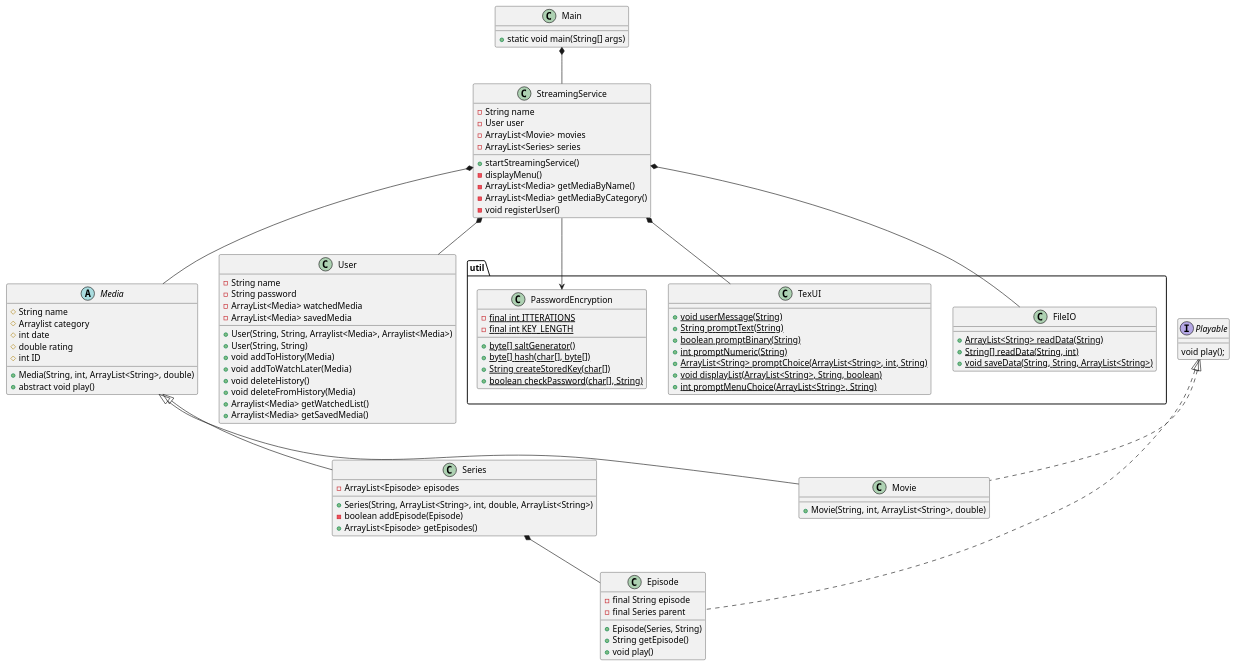
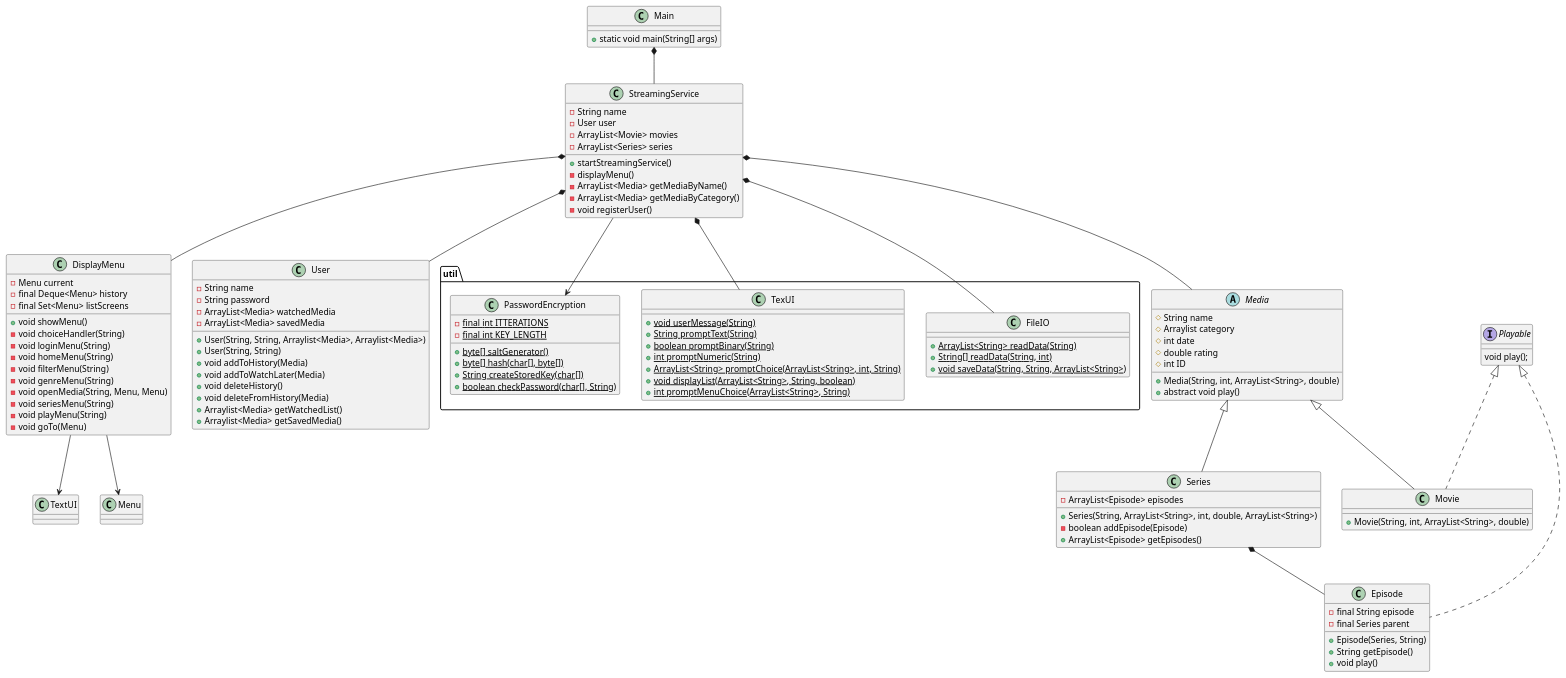
Before and after one commit to Studiegruppe-B/SP3-Streamingtjeneste: the diagram in doc/static/classDiagram.puml, drawn with PlantUML.

Commit message:
DisplayMenu intergration i classdiagram

```diff
--- a/doc/static/classDiagram.puml
+++ b/doc/static/classDiagram.puml
@@ -1,112 +1,131 @@
 @startuml
 class Main{
 + static void main(String[] args)
 
 }
 
 class StreamingService{
 - String name
 - User user
 - ArrayList<Movie> movies
 - ArrayList<Series> series
 + startStreamingService()
 - displayMenu()
 - ArrayList<Media> getMediaByName()
 - ArrayList<Media> getMediaByCategory()
 - void registerUser()
 }
 
 
 
 
 abstract class Media{
 # String name
 # Arraylist category
 # int date
 # double rating
 # int ID
 + Media(String, int, ArrayList<String>, double)
 + abstract void play()
 
 }
 interface Playable {
 void play();
 }
 
 class Episode implements Playable {
 - final String episode
 - final Series parent
 + Episode(Series, String)
 + String getEpisode()
 + void play()
 }
 
 class Movie implements Playable{
 + Movie(String, int, ArrayList<String>, double)
 }
 
 class Series {
 - ArrayList<Episode> episodes
 + Series(String, ArrayList<String>, int, double, ArrayList<String>)
 - boolean addEpisode(Episode)
 + ArrayList<Episode> getEpisodes()
+}
+
+class DisplayMenu{
+- Menu current
+- final Deque<Menu> history
+- final Set<Menu> listScreens
++ void showMenu()
+- void choiceHandler(String)
+- void loginMenu(String)
+- void homeMenu(String)
+- void filterMenu(String)
+- void genreMenu(String)
+- void openMedia(String, Menu, Menu)
+- void seriesMenu(String)
+- void playMenu(String)
+- void goTo(Menu)
 }
 
 
 class User{
 - String name
 - String password
 - ArrayList<Media> watchedMedia
 - ArrayList<Media> savedMedia
 + User(String, String, Arraylist<Media>, Arraylist<Media>)
 + User(String, String)
 + void addToHistory(Media)
 + void addToWatchLater(Media)
 + void deleteHistory()
 + void deleteFromHistory(Media)
 + Arraylist<Media> getWatchedList()
 + Arraylist<Media> getSavedMedia()
 }
 
 package "util"{
 class FileIO{
 + {static} ArrayList<String> readData(String)
 + {static} String[] readData(String, int)
 + {static} void saveData(String, String, ArrayList<String>)
 }
 
 class TexUI{
 + {static} void userMessage(String)
 + {static} String promptText(String)
 + {static} boolean promptBinary(String)
 + {static} int promptNumeric(String)
 + {static} ArrayList<String> promptChoice(ArrayList<String>, int, String)
 + {static} void displayList(ArrayList<String>, String, boolean)
 + {static} int promptMenuChoice(ArrayList<String>, String)
 
 }
 
 class PasswordEncryption{
 - {static} final int ITTERATIONS
 - {static} final int KEY_LENGTH
 + {static} byte[] saltGenerator()
 + {static} byte[] hash(char[], byte[])
 + {static} String createStoredKey(char[])
 + {static} boolean checkPassword(char[], String)
 }
 
 
 
 
 }
 
 Main *-- StreamingService
 StreamingService *-- Media
 StreamingService *-- FileIO
 StreamingService *-- TexUI
 StreamingService *-- User
+StreamingService *-- DisplayMenu
 Media <|-- Movie
 Media <|-- Series
 Series *-- Episode
 StreamingService --> PasswordEncryption
+DisplayMenu --> Menu
+DisplayMenu --> TextUI
 @enduml
```
